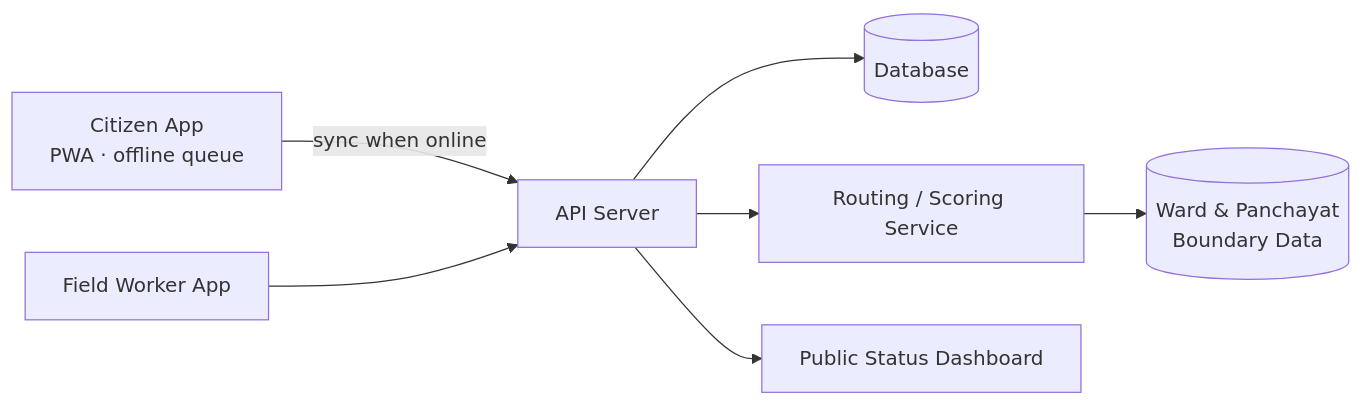
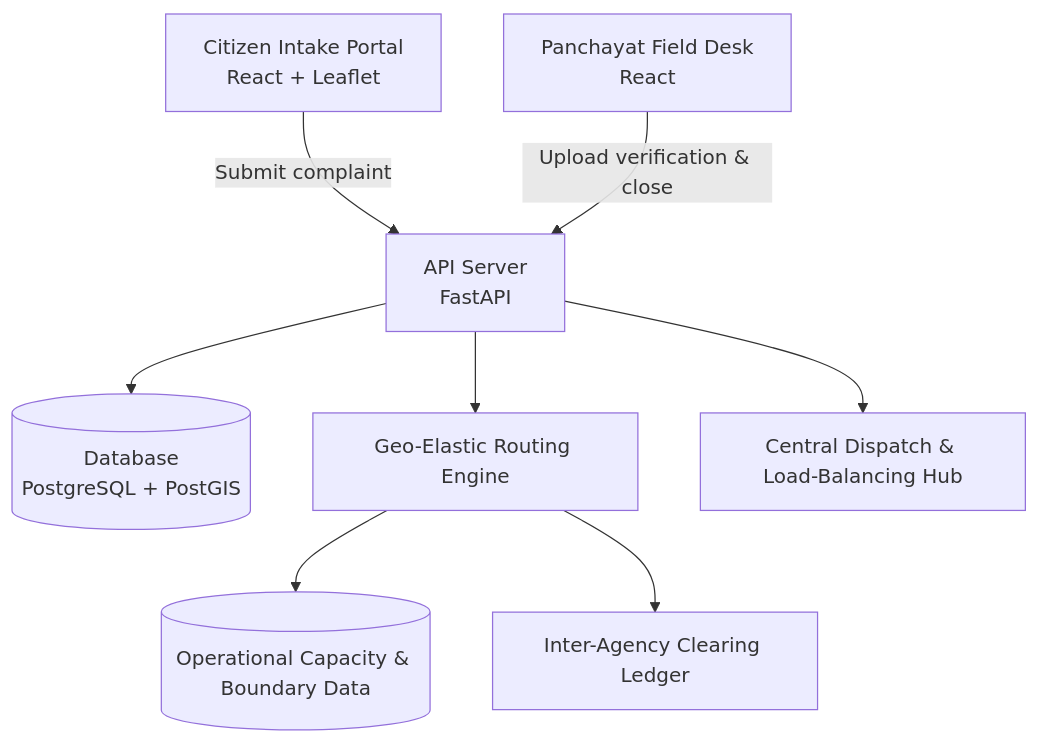
The first of 2 diagrams in docs/architecture.md (panavkbysani2011-jpg/HM26-2F61Submission), drawn with Mermaid before and after one commit. The commit also changed other lines of this file and 10 other files, not shown here.

````diff
--- a/docs/architecture.md
+++ b/docs/architecture.md
@@ -10,9 +7,10 @@
 ```mermaid
-flowchart LR
-    A[Citizen App<br/>PWA · offline queue] -->|sync when online| B[API Server]
-    W[Field Worker App] --> B
-    B --> C[(Database)]
-    B --> D[Routing / Scoring Service]
-    D --> E[(Ward & Panchayat<br/>Boundary Data)]
-    B --> F[Public Status Dashboard]
+flowchart TD
+    A[Citizen Intake Portal<br/>React + Leaflet] -->|Submit complaint| B[API Server<br/>FastAPI]
+    W[Panchayat Field Desk<br/>React] -->|Upload verification & close| B
+    B --> C[(Database<br/>PostgreSQL + PostGIS)]
+    B --> D[Geo-Elastic Routing Engine]
+    D --> E[(Operational Capacity & Boundary Data)]
+    B --> F[Central Dispatch & Load-Balancing Hub]
+    D --> G[Inter-Agency Clearing Ledger]
 ```
````
